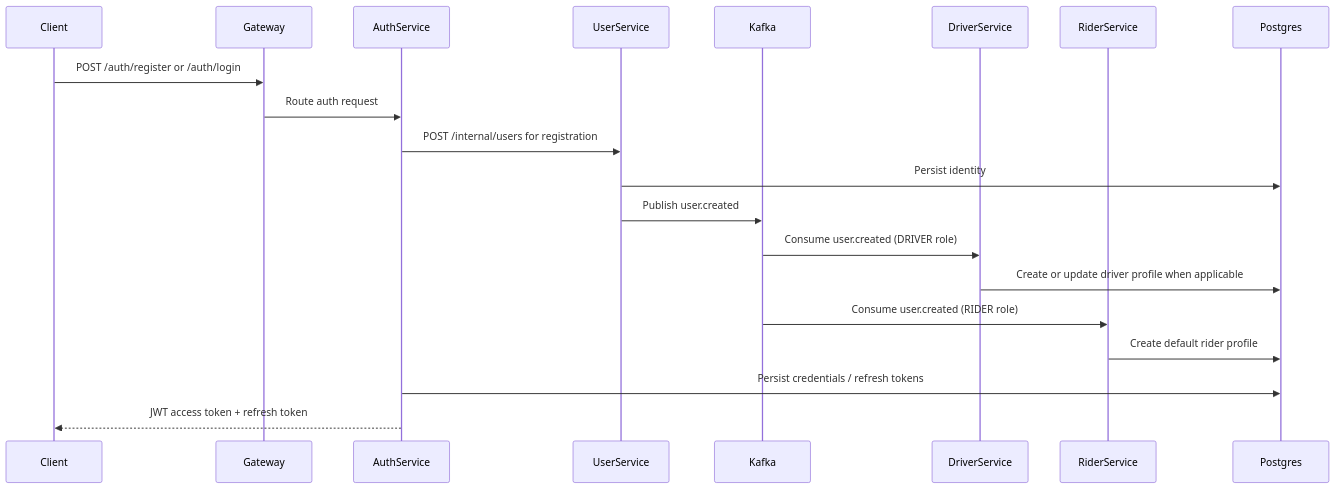
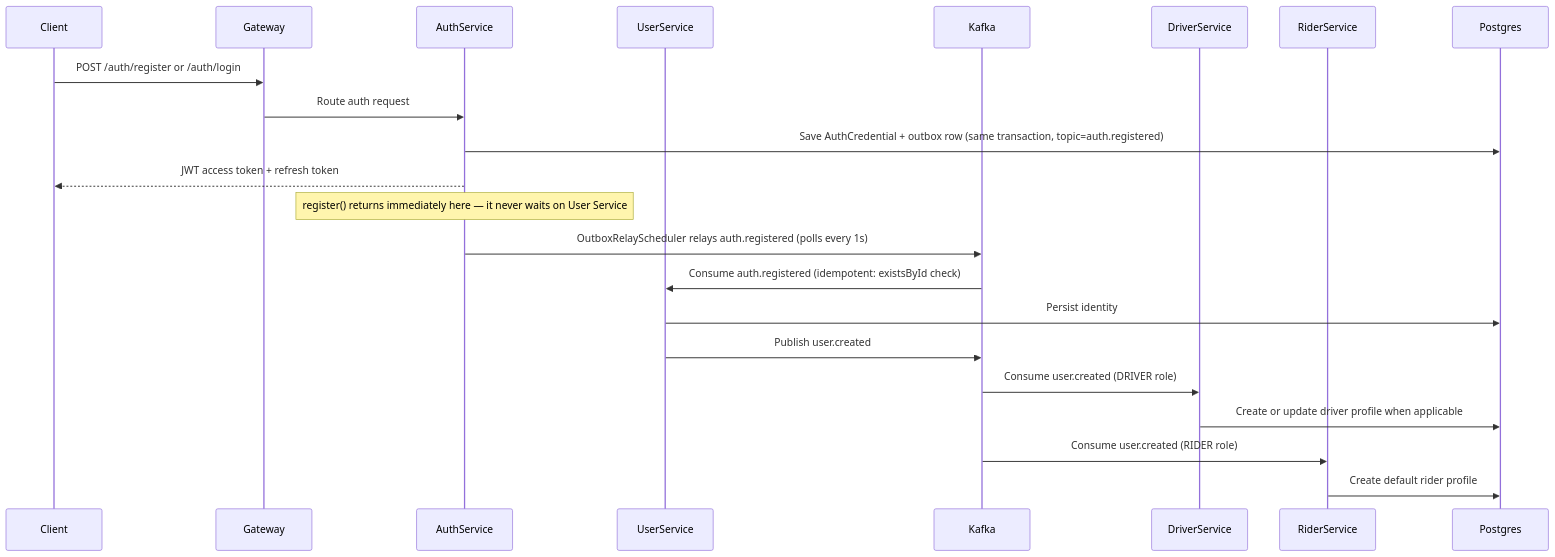
One commit to abhishek776655/Cabby-Mobility changed the third of 6 diagrams in docs/HLD/SmartMobility.md. Above: the diagram before and after it, drawn with Mermaid. The commit also changed other lines of this file and 48 other files, not shown here.

````diff
--- a/docs/HLD/SmartMobility.md
+++ b/docs/HLD/SmartMobility.md
@@ -227,23 +244,25 @@
 ```mermaid
 sequenceDiagram
     participant Client
     participant Gateway
     participant AuthService
     participant UserService
     participant Kafka
     participant DriverService
     participant RiderService
     participant Postgres
 
     Client->>Gateway: POST /auth/register or /auth/login
     Gateway->>AuthService: Route auth request
-    AuthService->>UserService: POST /internal/users for registration
+    AuthService->>Postgres: Save AuthCredential + outbox row (same transaction, topic=auth.registered)
+    AuthService-->>Client: JWT access token + refresh token
+    Note over AuthService: register() returns immediately here — it never waits on User Service
+    AuthService->>Kafka: OutboxRelayScheduler relays auth.registered (polls every 1s)
+    Kafka->>UserService: Consume auth.registered (idempotent: existsById check)
     UserService->>Postgres: Persist identity
     UserService->>Kafka: Publish user.created
     Kafka->>DriverService: Consume user.created (DRIVER role)
     DriverService->>Postgres: Create or update driver profile when applicable
     Kafka->>RiderService: Consume user.created (RIDER role)
     RiderService->>Postgres: Create default rider profile
-    AuthService->>Postgres: Persist credentials / refresh tokens
-    AuthService-->>Client: JWT access token + refresh token
 ```
````
